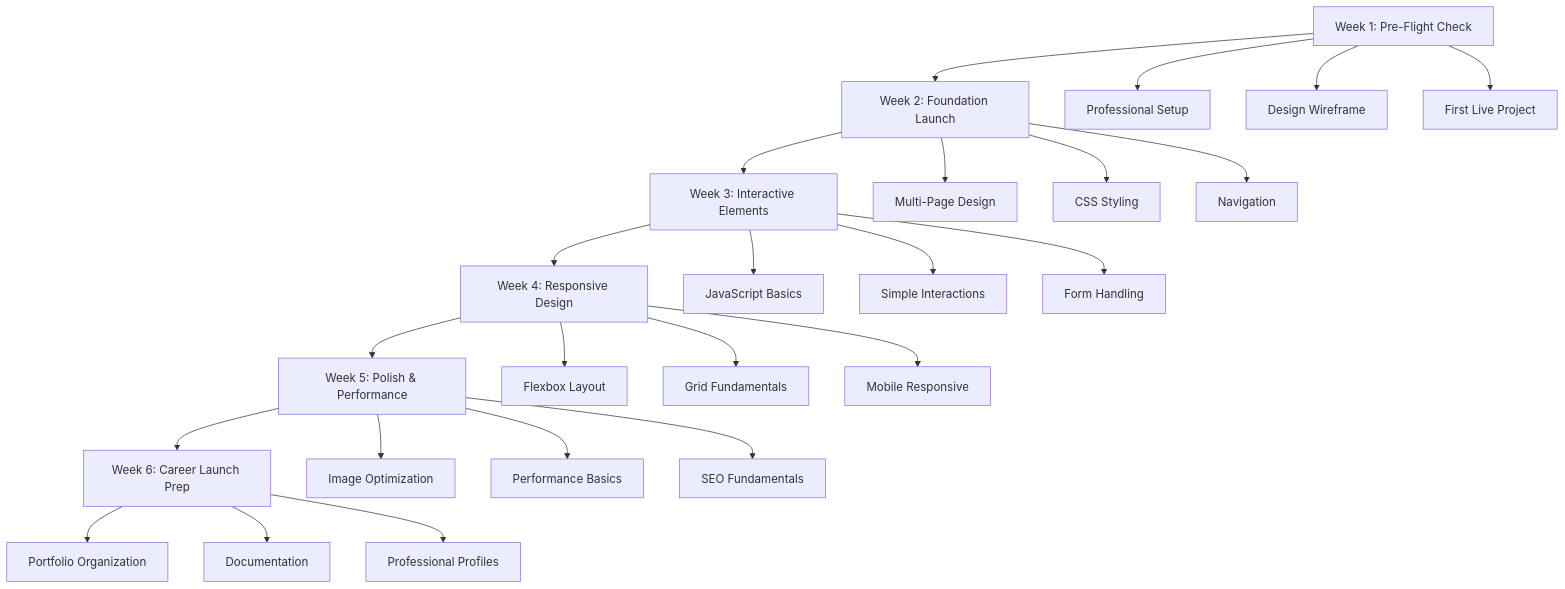
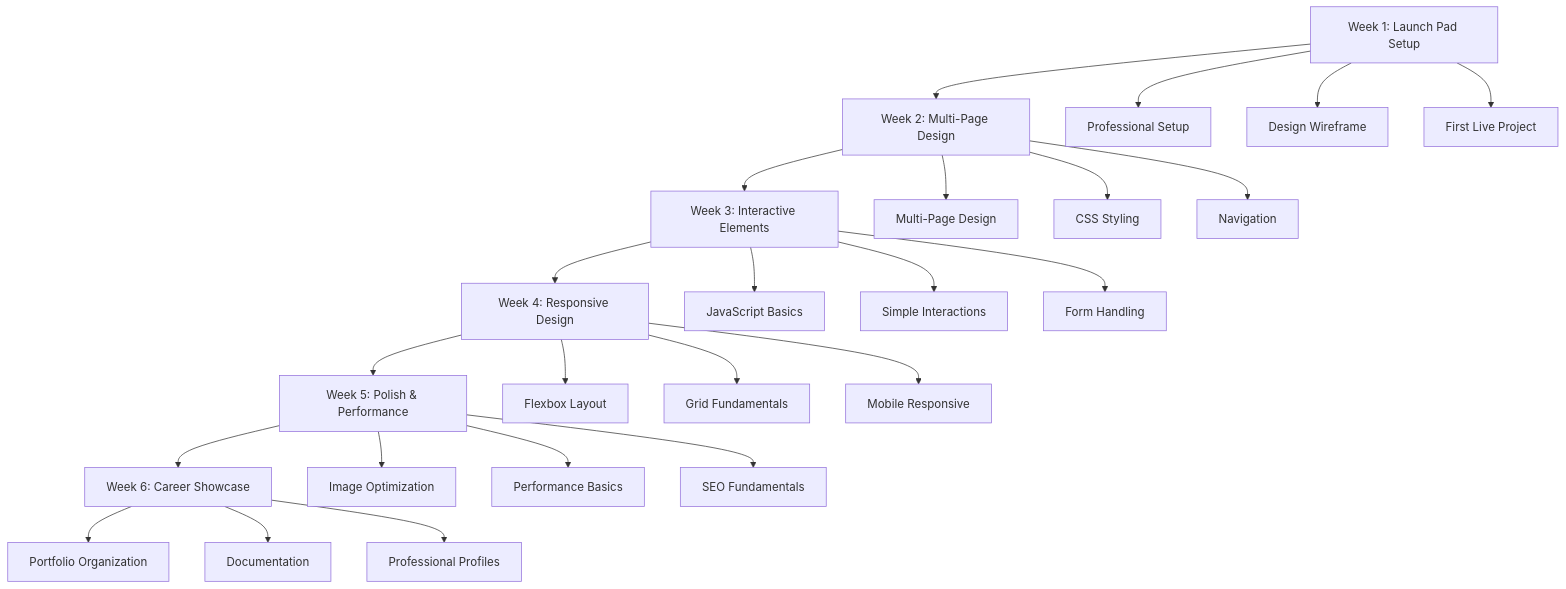
One commit to topwebworks/nextjs-rockitcode changed the second of 3 diagrams in COMPREHENSIVE_FIRST_COURSE_ROADMAP.md. Above: the diagram before and after it, drawn with Mermaid. The commit also changed other lines of this file and 35 other files, not shown here.

````diff
--- a/COMPREHENSIVE_FIRST_COURSE_ROADMAP.md
+++ b/COMPREHENSIVE_FIRST_COURSE_ROADMAP.md
@@ -8,32 +77,32 @@
 ```mermaid
 graph TD
-    A[Week 1: Pre-Flight Check] --> B[Week 2: Foundation Launch]
+    A[Week 1: Launch Pad Setup] --> B[Week 2: Multi-Page Design]
     B --> C[Week 3: Interactive Elements]
     C --> D[Week 4: Responsive Design]
     D --> E[Week 5: Polish & Performance]
-    E --> F[Week 6: Career Launch Prep]
+    E --> F[Week 6: Career Showcase]
     
     A --> A1[Professional Setup]
     A --> A2[Design Wireframe]
     A --> A3[First Live Project]
     
     B --> B1[Multi-Page Design]
     B --> B2[CSS Styling]
     B --> B3[Navigation]
     
     C --> C1[JavaScript Basics]
     C --> C2[Simple Interactions]
     C --> C3[Form Handling]
     
     D --> D1[Flexbox Layout]
     D --> D2[Grid Fundamentals]
     D --> D3[Mobile Responsive]
     
     E --> E1[Image Optimization]
     E --> E2[Performance Basics]
     E --> E3[SEO Fundamentals]
     
     F --> F1[Portfolio Organization]
     F --> F2[Documentation]
     F --> F3[Professional Profiles]
 ```
````
